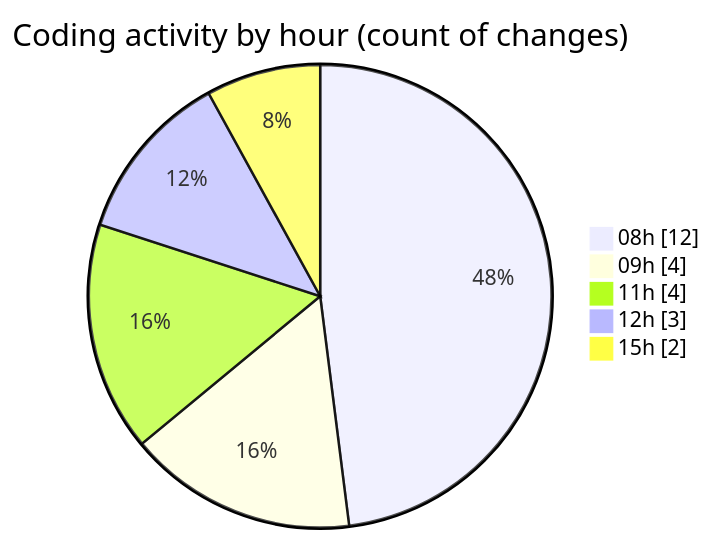
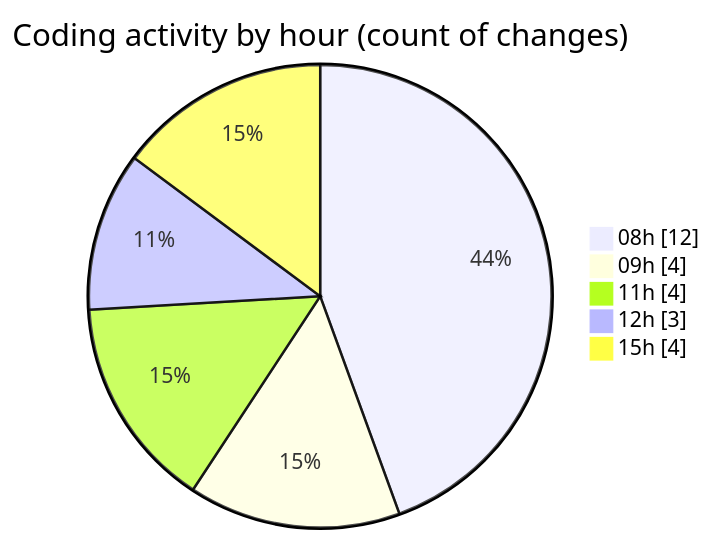
Before and after one commit to ricardozamudiocil/code-tracking: the second of 2 diagrams in 2026-02-26/cilapp/README.md, drawn with Mermaid. The commit also changed other lines of this file and 1 other file, not shown here.

````diff
--- a/2026-02-26/cilapp/README.md
+++ b/2026-02-26/cilapp/README.md
@@ -33,9 +33,9 @@
 ```mermaid
 pie showData
 title Coding activity by hour (count of changes)
 "08h" : 12
 "09h" : 4
 "11h" : 4
 "12h" : 3
-"15h" : 2
+"15h" : 4
 ```
````
